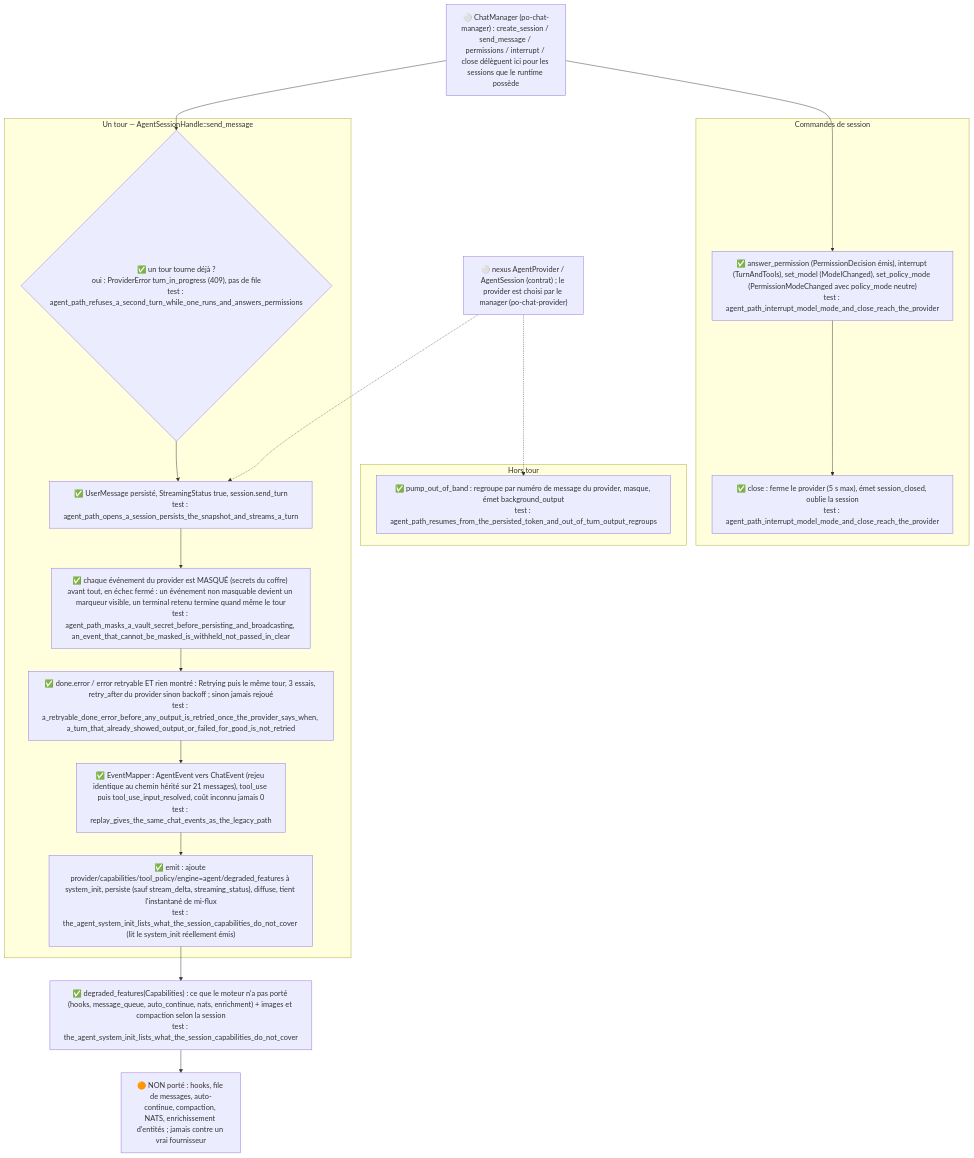
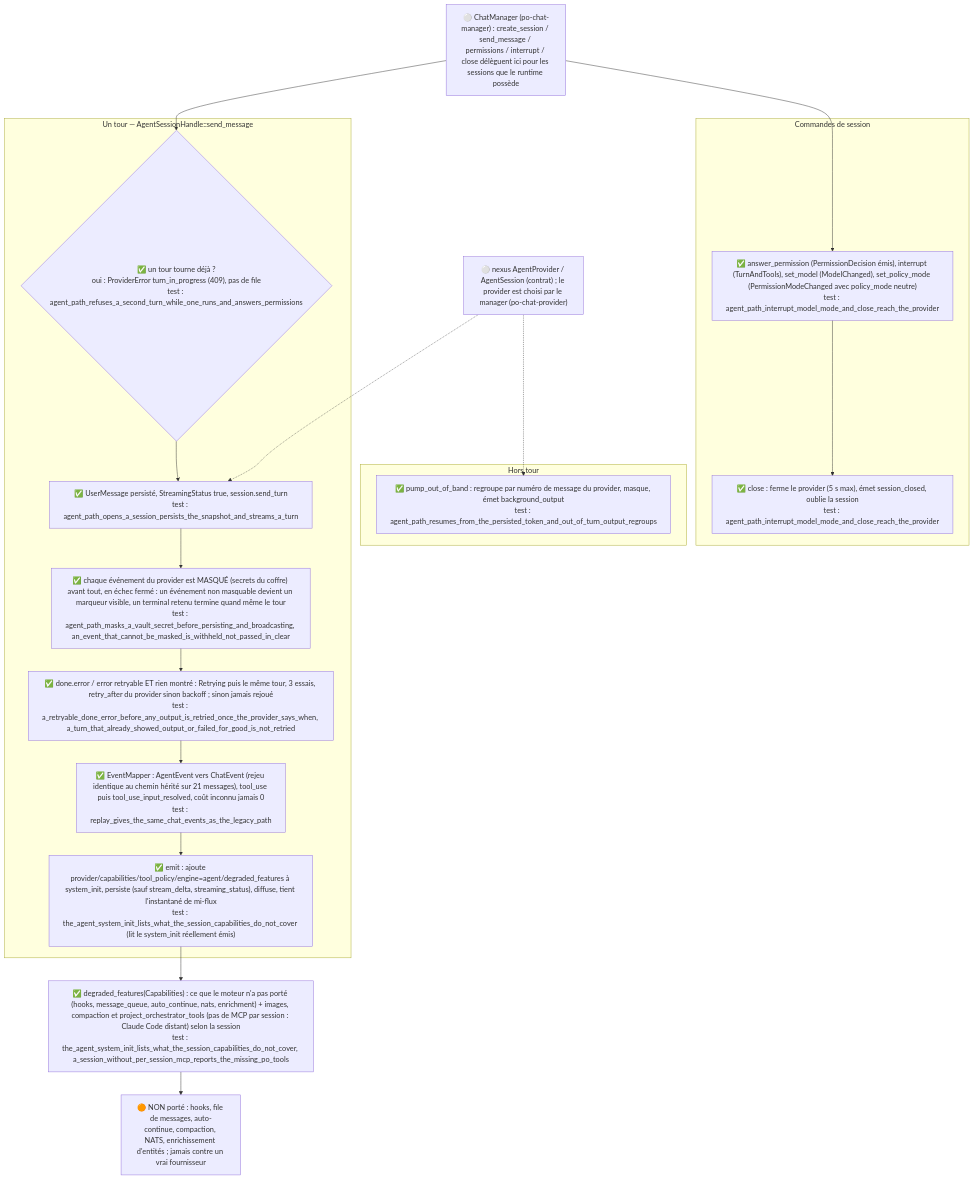
The diagram in docs/diagrams/po-chat-agent-runtime.mmd (this-rs/project-orchestrator), drawn with Mermaid before and after one commit. The commit also changed 20 other files, not shown here.

First line of the commit message:
feat(chat): Claude Code on another machine over SSH (claude_code_remote)

```diff
--- a/docs/diagrams/po-chat-agent-runtime.mmd
+++ b/docs/diagrams/po-chat-agent-runtime.mmd
@@ -1,54 +1,54 @@
 %% name: po-chat-agent-runtime
 %% covers: backend:src/chat/agent_runtime.rs
 %% verified: 878281ca
 %% ---
 %% PROUVE : le moteur « agent » du chat (tâche B13) : comment un AgentSession nexus est piloté, ce qu'il
 %%   diffuse et persiste, ce qu'il ne fait PAS encore. Le routage entre moteurs est dans po-chat-manager.
 %% ---
 %% SOURCES LUES :
 %%   src/chat/agent_runtime.rs — AgentRuntime, AgentSessionHandle (send_message, answer_permission, interrupt,
 %%                               set_model, set_policy_mode), mask_agent_event, degraded_features, retry,
 %%                               pump_out_of_band, BuiltinProviders, fake (tests)
 %%   src/chat/provider/event_map.rs — EventMapper (AgentEvent vers ChatEvent)
 %% ---
 %% NON ETABLI :
 %%   jamais exercé contre le VRAI CLI Claude, un vrai endpoint ni un vrai Codex/ACP (faux provider, fake_openai,
 %%   fake_mcp seulement) ; hooks, file de messages, auto-continue, compaction, NATS, enrichissement : absents
 %%   (annoncés par degraded_features) ; la publication NATS de session_closed est faite par le manager, non testée.
 %% ---
 %% LEGENDE
 %%   ✅ vérifié (le nœud dit par quel test)  🟠 écrit, sans test / décidé non écrit  ⚪ amont ou autre domaine
 
 flowchart TD
     MGR["⚪ ChatManager (po-chat-manager) : create_session / send_message / permissions / interrupt / close délèguent ici pour les sessions que le runtime possède"]
     PROV["⚪ nexus AgentProvider / AgentSession (contrat) ; le provider est choisi par le manager (po-chat-provider)"]
 
     subgraph turn["Un tour — AgentSessionHandle::send_message"]
         BUSY{"✅ un tour tourne déjà ?<br/>oui : ProviderError turn_in_progress (409), pas de file<br/>test : agent_path_refuses_a_second_turn_while_one_runs_and_answers_permissions"}
         SEND["✅ UserMessage persisté, StreamingStatus true, session.send_turn<br/>test : agent_path_opens_a_session_persists_the_snapshot_and_streams_a_turn"]
         MASK["✅ chaque événement du provider est MASQUÉ (secrets du coffre) avant tout, en échec fermé : un événement non masquable devient un marqueur visible, un terminal retenu termine quand même le tour<br/>test : agent_path_masks_a_vault_secret_before_persisting_and_broadcasting, an_event_that_cannot_be_masked_is_withheld_not_passed_in_clear"]
         RETRY["✅ done.error / error retryable ET rien montré : Retrying puis le même tour, 3 essais, retry_after du provider sinon backoff ; sinon jamais rejoué<br/>test : a_retryable_done_error_before_any_output_is_retried_once_the_provider_says_when, a_turn_that_already_showed_output_or_failed_for_good_is_not_retried"]
         MAP["✅ EventMapper : AgentEvent vers ChatEvent (rejeu identique au chemin hérité sur 21 messages), tool_use puis tool_use_input_resolved, coût inconnu jamais 0<br/>test : replay_gives_the_same_chat_events_as_the_legacy_path"]
         EMIT["✅ emit : ajoute provider/capabilities/tool_policy/engine=agent/degraded_features à system_init, persiste (sauf stream_delta, streaming_status), diffuse, tient l'instantané de mi-flux<br/>test : the_agent_system_init_lists_what_the_session_capabilities_do_not_cover (lit le system_init réellement émis)"]
         BUSY --> SEND --> MASK --> RETRY --> MAP --> EMIT
     end
 
     subgraph oob["Hors tour"]
         OOB["✅ pump_out_of_band : regroupe par numéro de message du provider, masque, émet background_output<br/>test : agent_path_resumes_from_the_persisted_token_and_out_of_turn_output_regroups"]
     end
 
     subgraph ctl["Commandes de session"]
         CTL["✅ answer_permission (PermissionDecision émis), interrupt (TurnAndTools), set_model (ModelChanged), set_policy_mode (PermissionModeChanged avec policy_mode neutre)<br/>test : agent_path_interrupt_model_mode_and_close_reach_the_provider"]
         CLOSE["✅ close : ferme le provider (5 s max), émet session_closed, oublie la session<br/>test : agent_path_interrupt_model_mode_and_close_reach_the_provider"]
     end
 
-    DEGR["✅ degraded_features(Capabilities) : ce que le moteur n'a pas porté (hooks, message_queue, auto_continue, nats, enrichment) + images et compaction selon la session<br/>test : the_agent_system_init_lists_what_the_session_capabilities_do_not_cover"]
+    DEGR["✅ degraded_features(Capabilities) : ce que le moteur n'a pas porté (hooks, message_queue, auto_continue, nats, enrichment) + images, compaction et project_orchestrator_tools (pas de MCP par session : Claude Code distant) selon la session<br/>test : the_agent_system_init_lists_what_the_session_capabilities_do_not_cover, a_session_without_per_session_mcp_reports_the_missing_po_tools"]
     LOST["🟠 NON porté : hooks, file de messages, auto-continue, compaction, NATS, enrichissement d'entités ; jamais contre un vrai fournisseur"]
 
     MGR --> BUSY
     MGR --> CTL
     PROV -.-> SEND
     PROV -.-> OOB
     EMIT --> DEGR
     DEGR --> LOST
     CTL --> CLOSE
```
